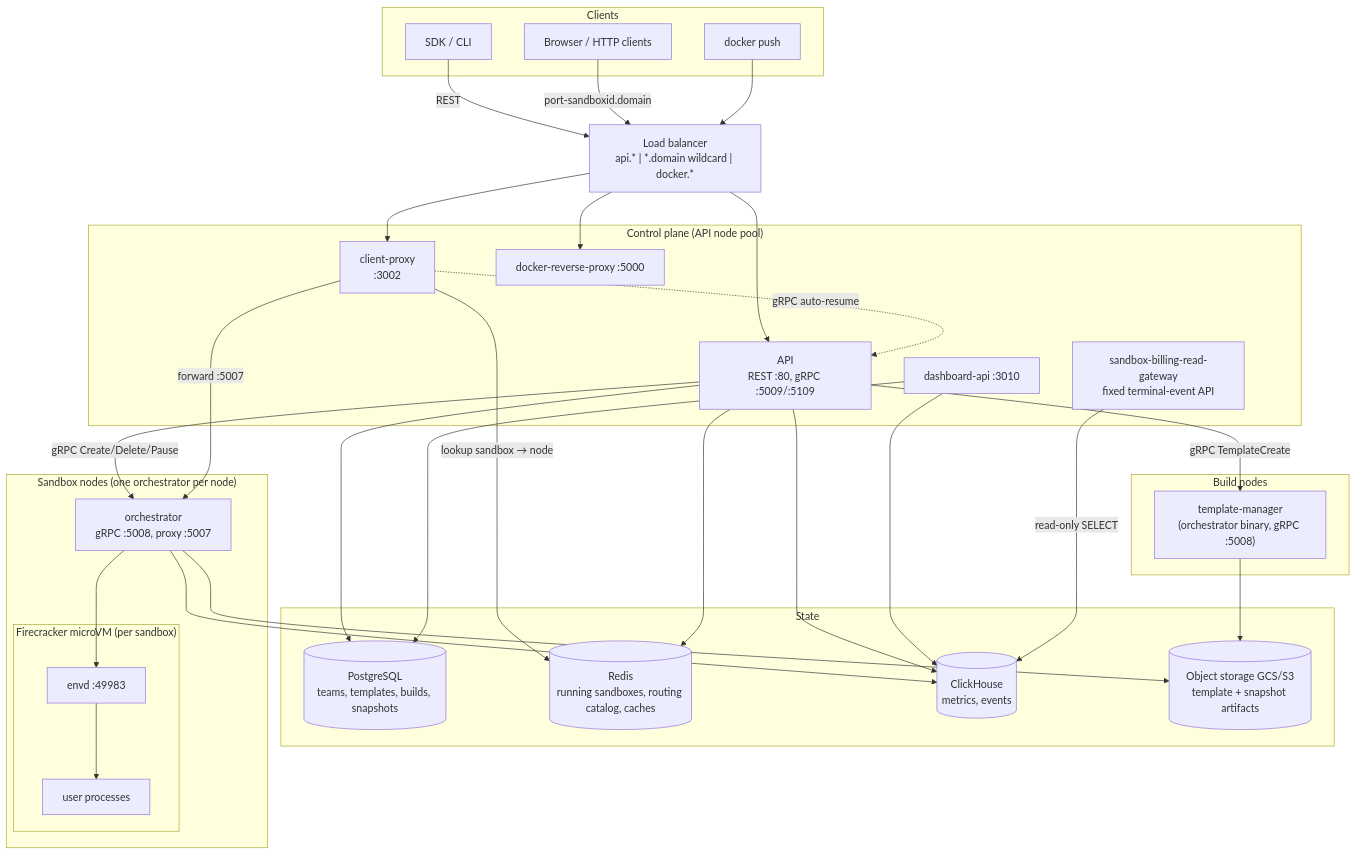
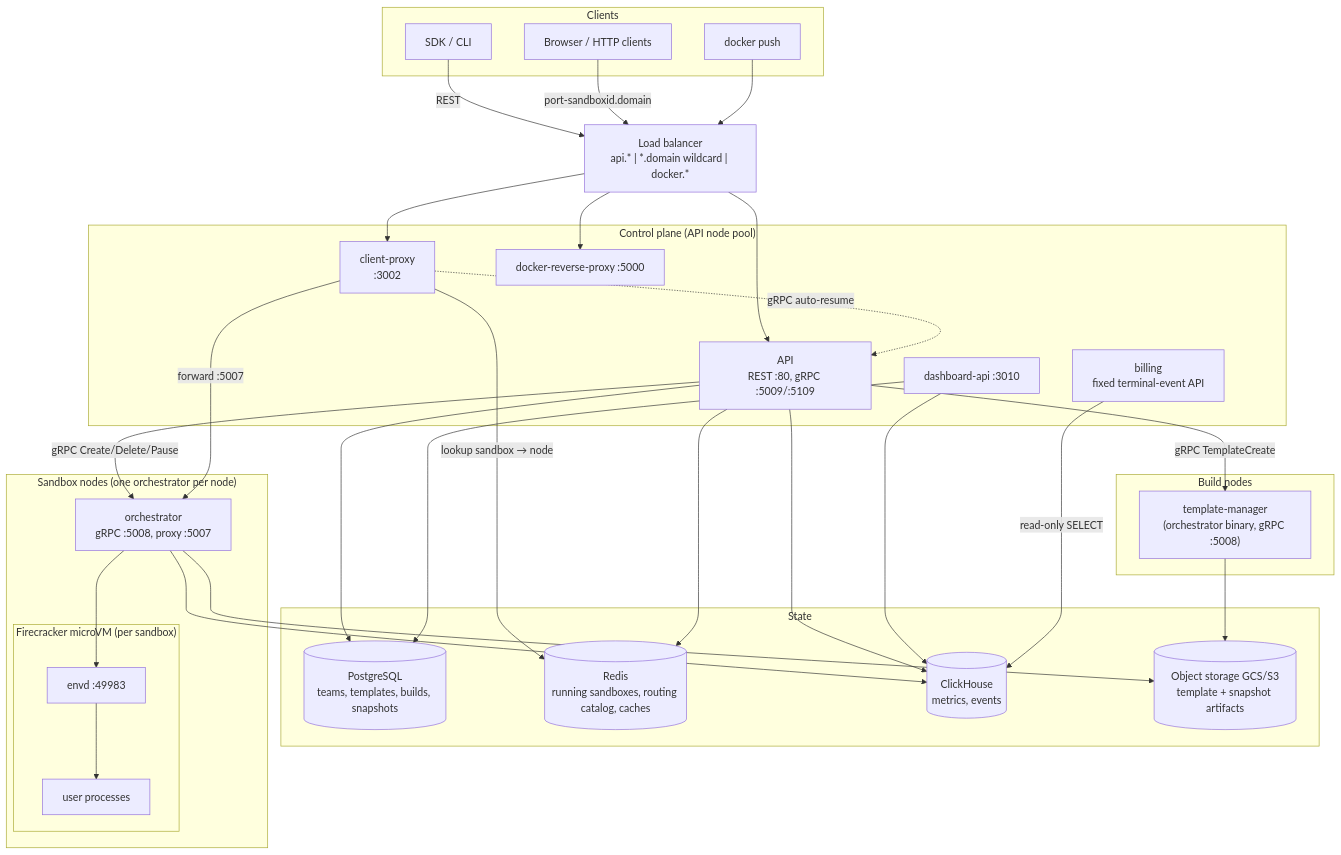
One commit to SerendipityOneInc/infra changed the first of 5 diagrams in docs/ARCHITECTURE.md. Above: the diagram before and after it, drawn with Mermaid. The commit also changed other lines of this file and 23 other files, not shown here.

````diff
--- a/docs/ARCHITECTURE.md
+++ b/docs/ARCHITECTURE.md
@@ -32,53 +32,53 @@
 ```mermaid
 flowchart TB
     subgraph clients["Clients"]
         SDK["SDK / CLI"]
         Browser["Browser / HTTP clients"]
         Docker["docker push"]
     end
 
     LB["Load balancer<br/>api.* | *.domain wildcard | docker.*"]
 
     subgraph controlplane["Control plane (API node pool)"]
         API["API<br/>REST :80, gRPC :5009/:5109"]
         DashAPI["dashboard-api :3010"]
-        BillingGW["sandbox-billing-read-gateway<br/>fixed terminal-event API"]
+        BillingGW["billing<br/>fixed terminal-event API"]
         CP["client-proxy<br/>:3002"]
         DRP["docker-reverse-proxy :5000"]
     end
 
     subgraph datastores["State"]
         PG[("PostgreSQL<br/>teams, templates, builds, snapshots")]
         RD[("Redis<br/>running sandboxes, routing catalog, caches")]
         CH[("ClickHouse<br/>metrics, events")]
         OS[("Object storage GCS/S3<br/>template + snapshot artifacts")]
     end
 
     subgraph clientnode["Sandbox nodes (one orchestrator per node)"]
         ORCH["orchestrator<br/>gRPC :5008, proxy :5007"]
         subgraph vm["Firecracker microVM (per sandbox)"]
             ENVD["envd :49983"]
             USERPROC["user processes"]
         end
     end
 
     subgraph buildnode["Build nodes"]
         TM["template-manager<br/>(orchestrator binary, gRPC :5008)"]
     end
 
     SDK -->|REST| LB --> API
     Browser -->|"port-sandboxid.domain"| LB --> CP
     Docker --> LB --> DRP
     API -->|"gRPC Create/Delete/Pause"| ORCH
     API -->|"gRPC TemplateCreate"| TM
     CP -->|"lookup sandbox → node"| RD
     CP -->|"forward :5007"| ORCH
     CP -.->|"gRPC auto-resume"| API
     ORCH --> ENVD
     ENVD --> USERPROC
     API --> PG & RD & CH
     DashAPI --> PG & CH
     BillingGW -->|"read-only SELECT"| CH
     ORCH --> OS & CH
     TM --> OS
 ```
````
